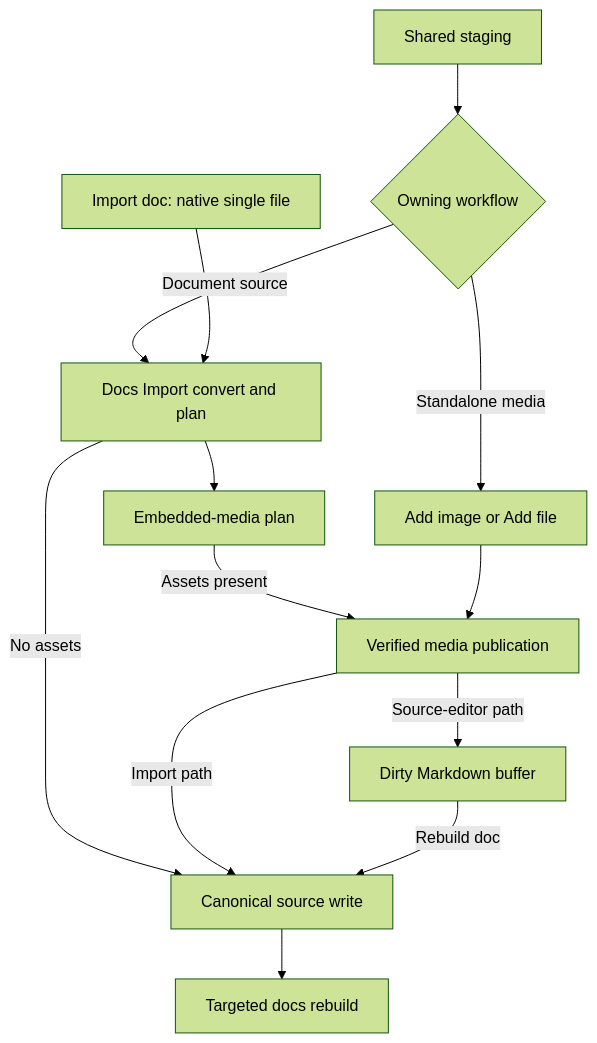
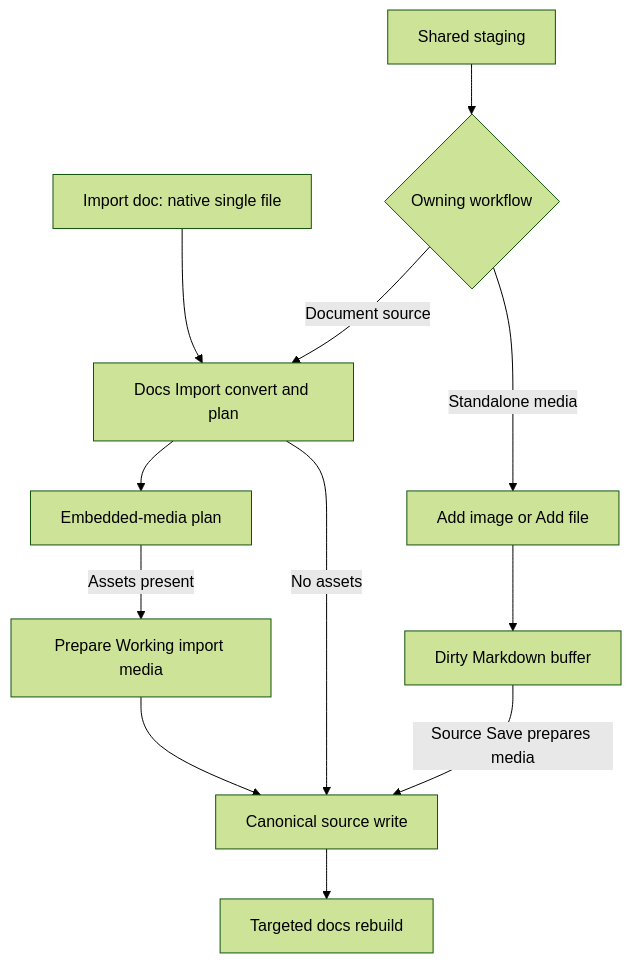
One commit to dotlineform/dotlineform-site changed the diagram in documentation/studio/Docs_Import.md. Above: the diagram before and after it, drawn with Mermaid (forest theme). The commit also changed other lines of this file and 363 other files, not shown here.

````diff
--- a/documentation/studio/Docs_Import.md
+++ b/documentation/studio/Docs_Import.md
@@ -29,29 +29,28 @@
 ```mermaid
 flowchart TD
     accTitle: Docs Import and source-editor media boundaries
-    accDescr: Staged document sources and standalone media take separate workflows, but both publish required media before canonical source is written and rebuilt.
+    accDescr: Import converts selected document sources and prepares any Working media before generation. Source Save stores selected standalone media with the edited document.
 
     staging["Shared staging"]
     native["Import doc: native single file"]
     classify{"Owning workflow"}
     import["Docs Import convert and plan"]
     embedded["Embedded-media plan"]
     editor["Add image or Add file"]
-    publish["Verified media publication"]
+    importMedia["Prepare Working import media"]
     buffer["Dirty Markdown buffer"]
     source["Canonical source write"]
     rebuild["Targeted docs rebuild"]
 
     staging --> classify
     classify -- "Document source" --> import
     native --> import
     import --> embedded
-    embedded -- "Assets present" --> publish
+    embedded -- "Assets present" --> importMedia
     import -- "No assets" --> source
-    publish -- "Import path" --> source
+    importMedia --> source
     classify -- "Standalone media" --> editor
-    editor --> publish
-    publish -- "Source-editor path" --> buffer
-    buffer -- "Rebuild doc" --> source
+    editor --> buffer
+    buffer -- "Source Save prepares media" --> source
     source --> rebuild
 ```
````
